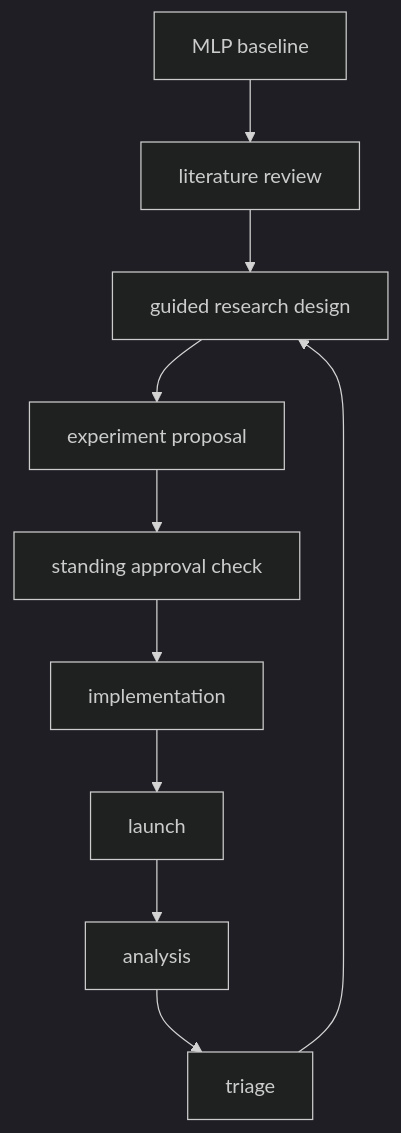
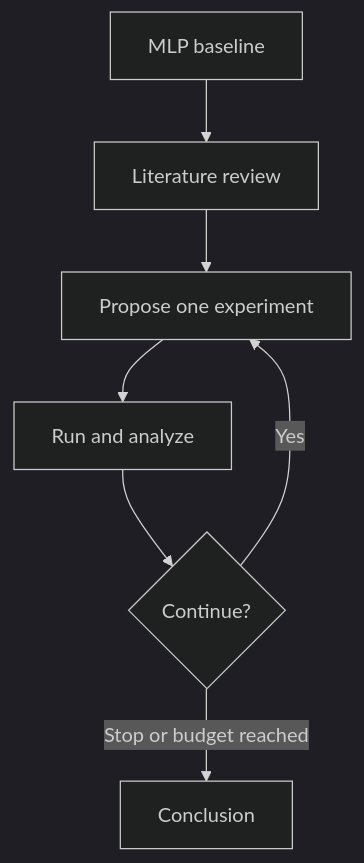
Before and after one commit to SwissDataScienceCenter/hiraku: the diagram in docs/examples/eurosat-rgb/README.md, drawn with Mermaid (dark theme). The commit also changed other lines of this file and 1 other file, not shown here.

````diff
--- a/docs/examples/eurosat-rgb/README.md
+++ b/docs/examples/eurosat-rgb/README.md
@@ -68,12 +82,9 @@
 ```mermaid
 flowchart TD
-    A[MLP baseline] --> B[literature review]
-    B --> C[guided research design]
-    C --> D[experiment proposal]
-    D --> E[standing approval check]
-    E --> F[implementation]
-    F --> G[launch]
-    G --> H[analysis]
-    H --> I[triage]
-    I --> C
+    A[MLP baseline] --> B[Literature review]
+    B --> C[Propose one experiment]
+    C --> D[Run and analyze]
+    D --> E{Continue?}
+    E -->|Yes| C
+    E -->|Stop or budget reached| F[Conclusion]
 ```
````
